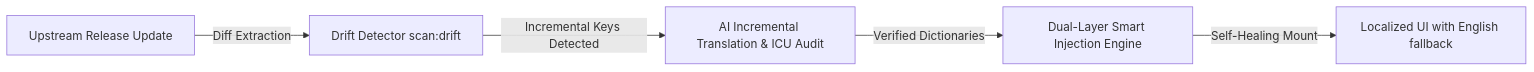
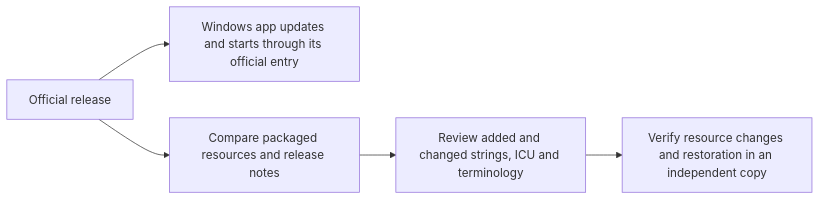
One commit to yiheng8023/claude-chinese changed the diagram in README.en.md. Above: the diagram before and after it, drawn with Mermaid. The commit also changed other lines of this file and 31 other files, not shown here.

````diff
--- a/README.en.md
+++ b/README.en.md
@@ -177,7 +168,7 @@
 ```mermaid
 flowchart LR
-    A[Upstream Release Update] -->|Diff Extraction| B[Drift Detector scan:drift]
-    B -->|Incremental Keys Detected| C[AI Incremental Translation & ICU Audit]
-    C -->|Verified Dictionaries| D[Dual-Layer Smart Injection Engine]
-    D -->|Self-Healing Mount| E[Localized UI with English fallback]
+    A[Official release] --> N[Windows app updates and starts through its official entry]
+    A --> B[Compare packaged resources and release notes]
+    B --> C[Review added and changed strings, ICU and terminology]
+    C --> D[Verify resource changes and restoration in an independent copy]
 ```
````
